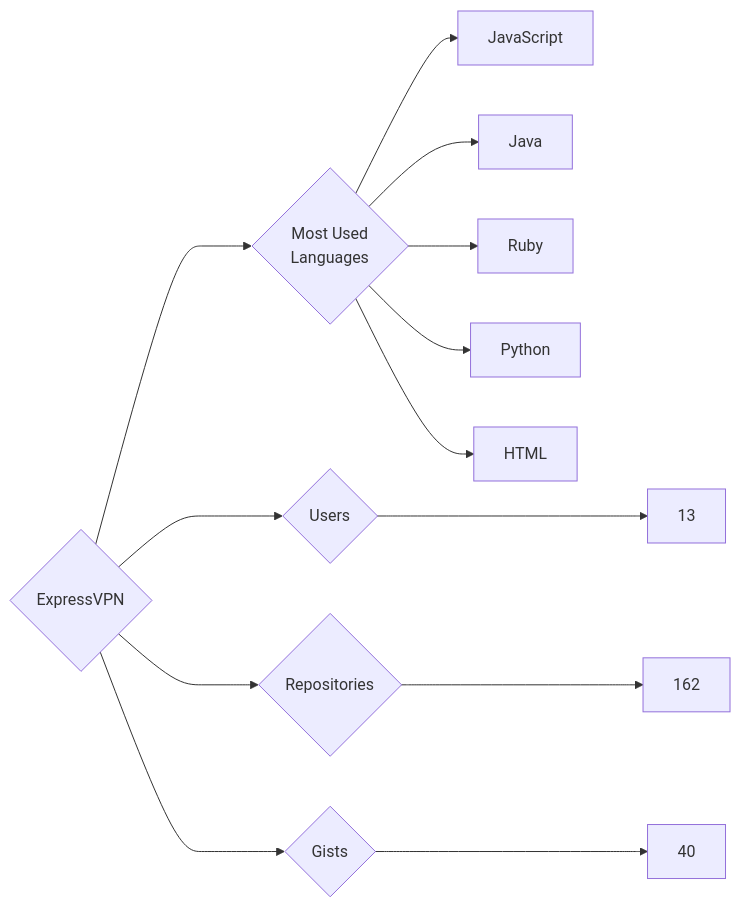
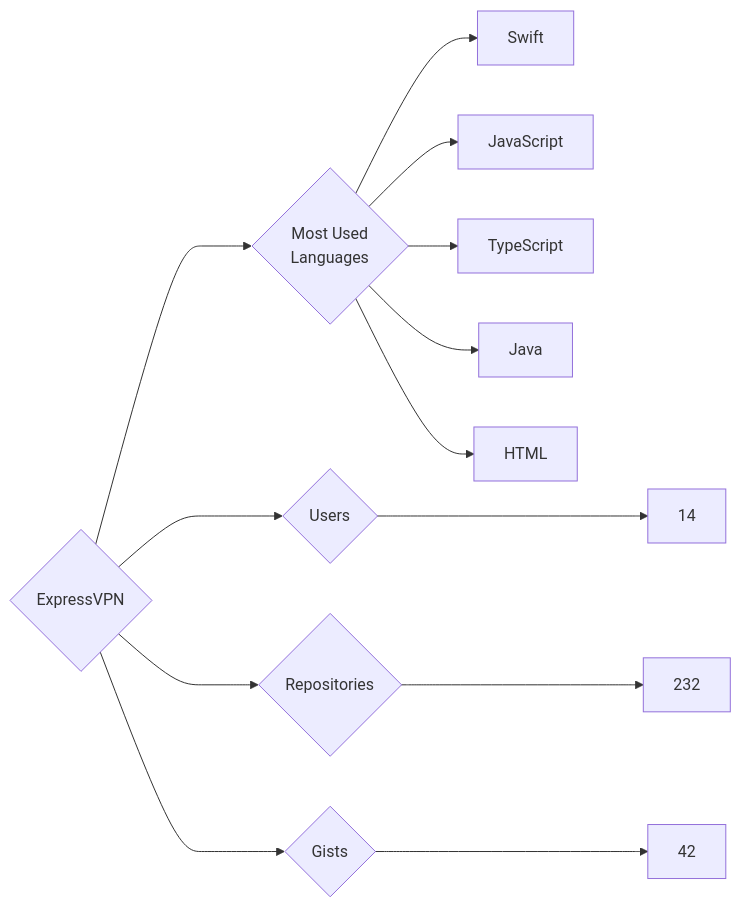
One commit to trickest/insiders changed the diagram in targets/ExpressVPN/README.md. Above: the diagram before and after it, drawn with Mermaid. The commit also changed 750 other files, not shown here.

````diff
--- a/targets/ExpressVPN/README.md
+++ b/targets/ExpressVPN/README.md
@@ -3,13 +3,13 @@
 ```mermaid
 graph LR
 COMPANY_NAME{ExpressVPN}
-COMPANY_NAME ---> U{Users} ---> UN[13]
-COMPANY_NAME ---> R{Repositories} ---> RN[162]
-COMPANY_NAME ---> G{Gists} ---> GN[40]
+COMPANY_NAME ---> U{Users} ---> UN[14]
+COMPANY_NAME ---> R{Repositories} ---> RN[232]
+COMPANY_NAME ---> G{Gists} ---> GN[42]
 COMPANY_NAME ---> ML{Most Used<br>Languages}
+ML --> Swift[Swift]
 ML --> JavaScript[JavaScript]
+ML --> TypeScript[TypeScript]
 ML --> Java[Java]
-ML --> Ruby[Ruby]
-ML --> Python[Python]
 ML --> HTML[HTML]
 ```
````
